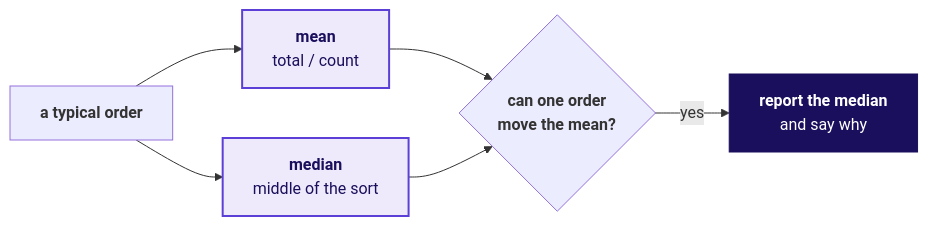
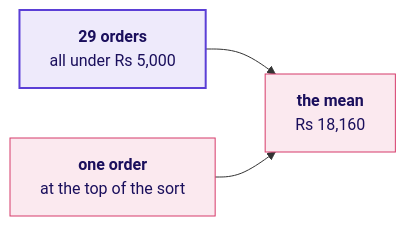
Before and after one commit to fde-academy-lab/c2-content-factory: diagram 17 of 18 in content/W01/D1/slides/C2_W01_D01_half1_STUDENT.md, drawn with Mermaid. The commit also changed other lines of this file and 10 other files, not shown here.

````diff
--- a/content/W01/D1/slides/C2_W01_D01_half1_STUDENT.md
+++ b/content/W01/D1/slides/C2_W01_D01_half1_STUDENT.md
@@ -831,12 +1057,9 @@
 ```mermaid
 flowchart LR
-    T["<b>a typical order</b>"] --> M["<b>mean</b><br/>total / count"]
-    T --> D["<b>median</b><br/>middle of the sort"]
-    M --> Q{"<b>can one order<br/>move the mean?</b>"}
-    D --> Q
-    Q -->|"yes"| R["<b>report the median</b><br/>and say why"]
+    P["<b>29 orders</b><br/>all under Rs 5,000"] --> M["<b>the mean</b><br/>Rs 18,160"]
+    T["<b>one order</b><br/>at the top of the sort"] --> M
     classDef known fill:#EEEAFB,stroke:#5B3FD6,color:#1A0F5C,stroke-width:2px
-    classDef bet fill:#1A0F5C,stroke:#1A0F5C,color:#FFFFFF
-    class M,D known
-    class R bet
+    classDef bad fill:#FBE9EF,stroke:#D63A6A,color:#1A0F5C
+    class P known
+    class T,M bad
 ```
````
